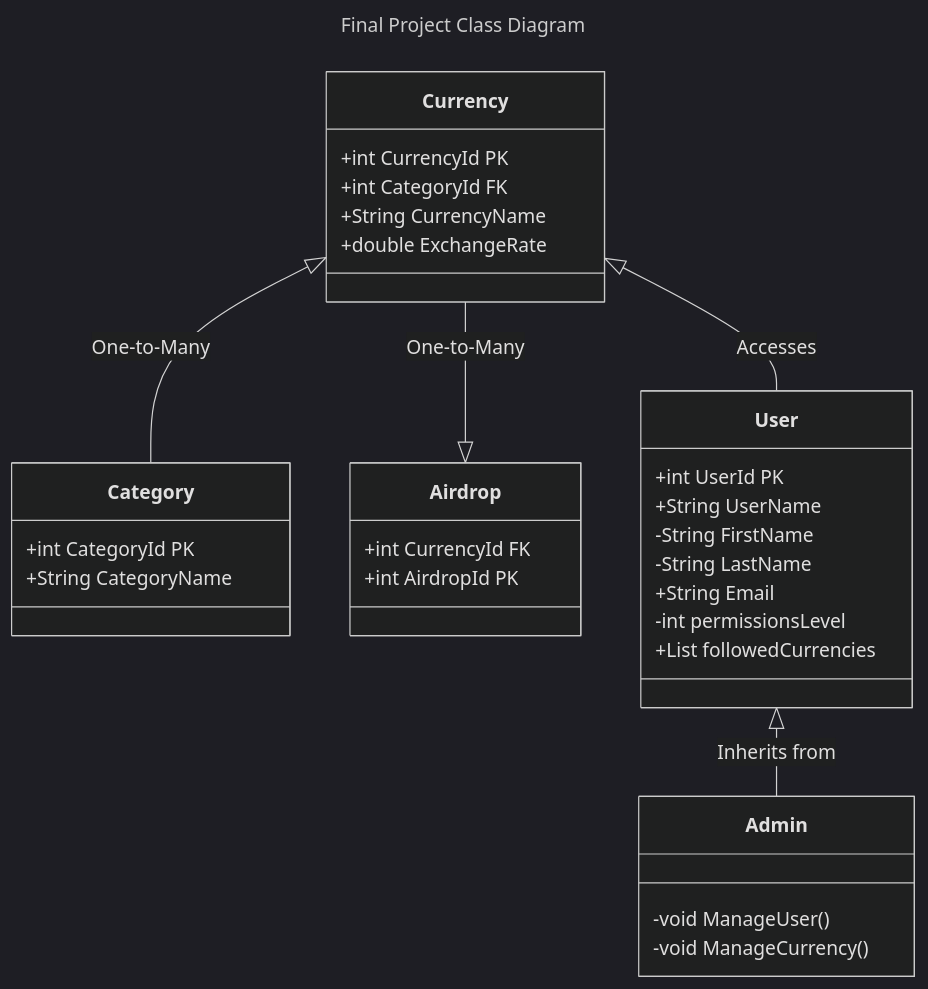
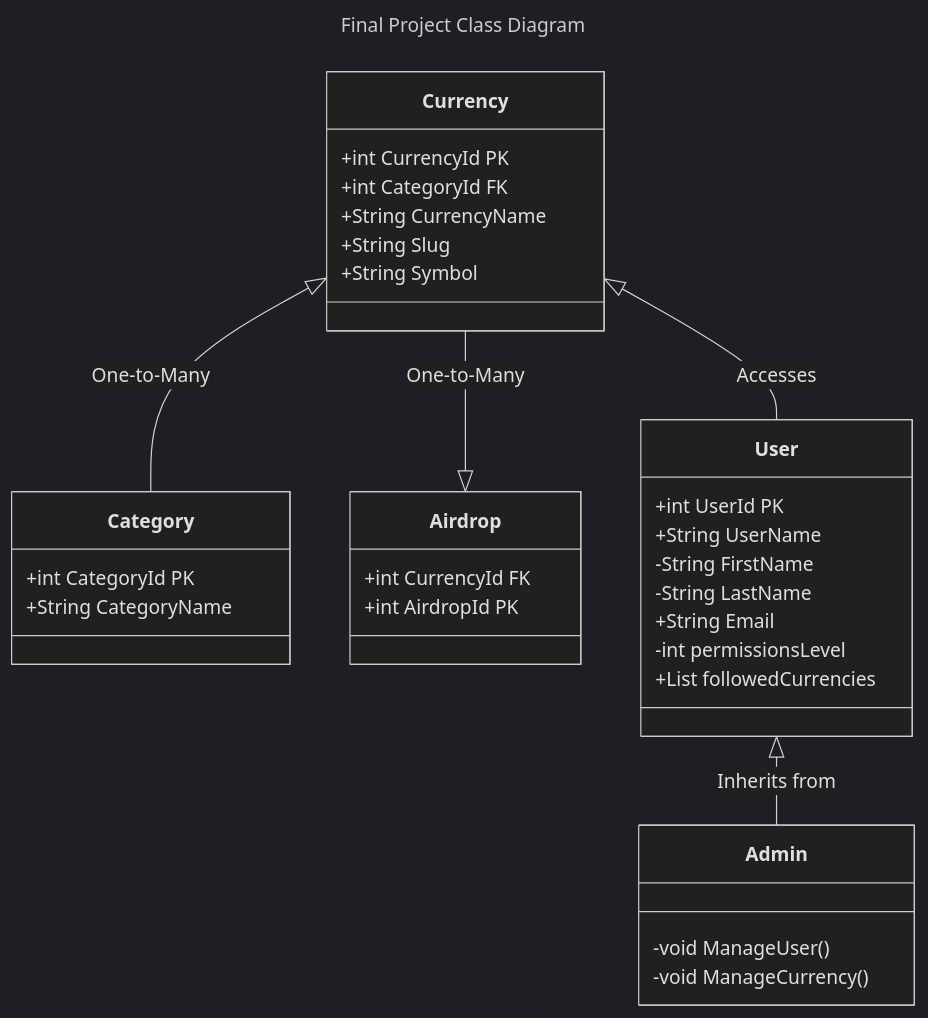
Before and after one commit to GrantRynders/ASPdemo: the diagram in README.md, drawn with Mermaid (dark theme). The commit also changed 3 other files, not shown here.

````diff
--- a/README.md
+++ b/README.md
@@ -1,37 +1,38 @@
 ```mermaid
 ---
 title: Final Project Class Diagram
 ---
 classDiagram
     Currency <|-- Category : One-to-Many
     Currency --|> Airdrop : One-to-Many
     Currency <|-- User : Accesses
     User <|-- Admin : Inherits from
     class Currency{
         +int CurrencyId PK
         +int CategoryId FK
         +String CurrencyName
-        +double ExchangeRate
+        +String Slug
+        +String Symbol
     }
     class Category{
         +int CategoryId PK
         +String CategoryName
     }
     class Airdrop{
         +int CurrencyId FK
         +int AirdropId PK
     }
     class User{
         +int UserId PK
         +String UserName
         -String FirstName
         -String LastName
         +String Email
         -int permissionsLevel
         +List<Currency> followedCurrencies
     }
     class Admin{
         -void ManageUser()
         -void ManageCurrency()
     }
 ```
````
